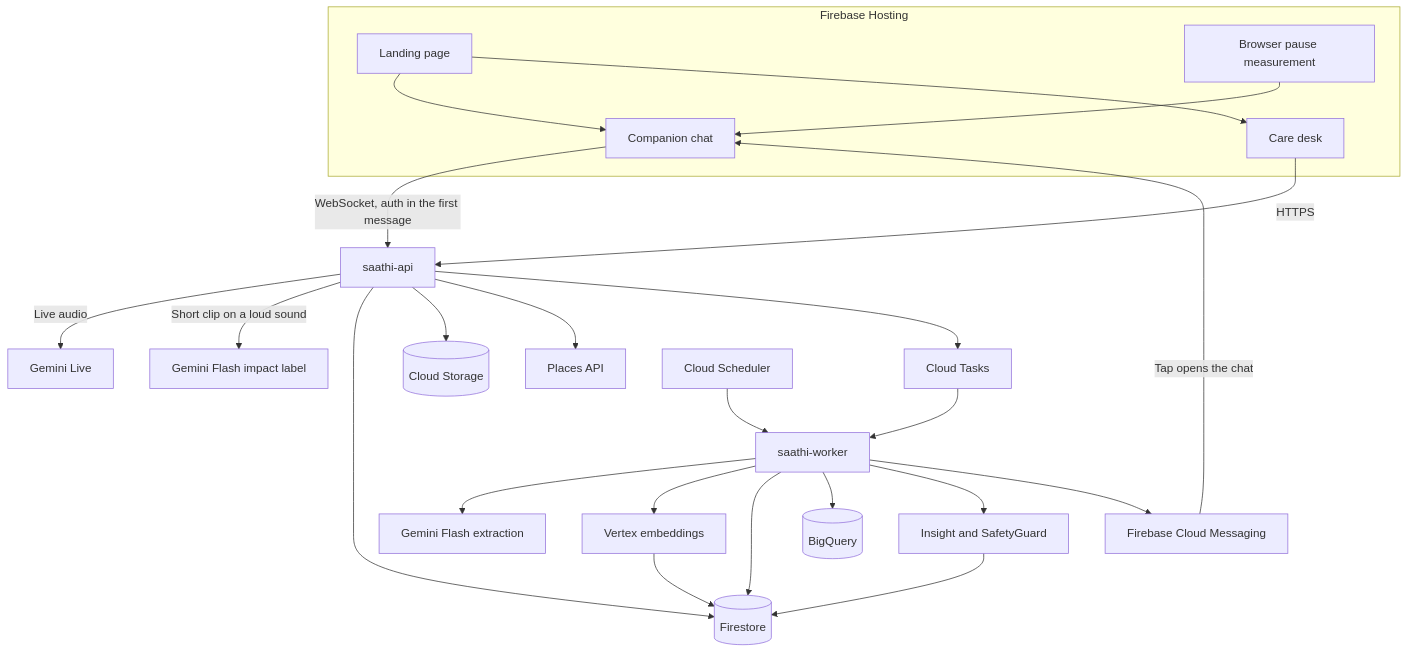
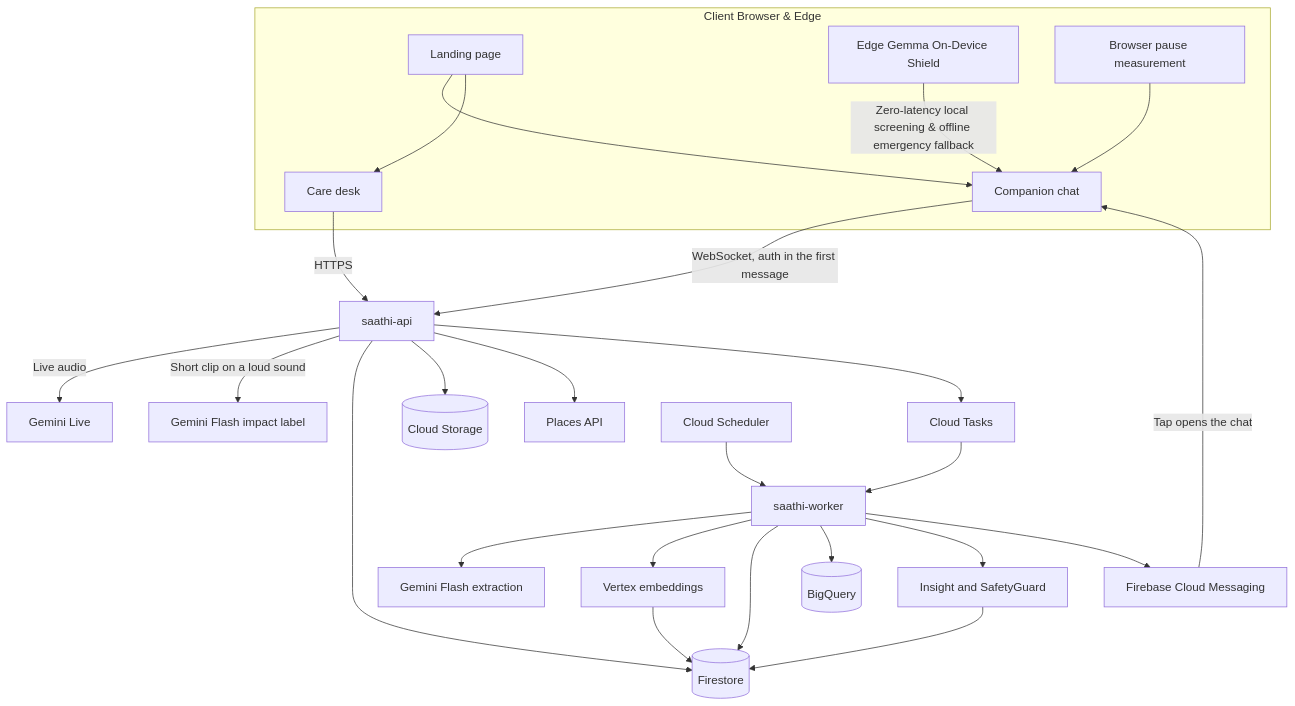
The first of 4 diagrams in docs/ARCHITECTURE.md (srushtipatil09/AI_Builder_Cup_2026), drawn with Mermaid before and after one commit. The commit also changed other lines of this file and 4 other files, not shown here.

````diff
--- a/docs/ARCHITECTURE.md
+++ b/docs/ARCHITECTURE.md
@@ -9,31 +9,33 @@
 ```mermaid
 flowchart TD
-  subgraph browser [Firebase Hosting]
+  subgraph browser [Client Browser & Edge]
     land[Landing page]
     chat[Companion chat]
     desk[Care desk]
+    edgeGemma[Edge Gemma On-Device Shield]
     meter[Browser pause measurement]
   end
+  edgeGemma -->|Zero-latency local screening & offline emergency fallback| chat
   land --> chat
   land --> desk
   meter --> chat
   chat -->|WebSocket, auth in the first message| api[saathi-api]
   desk -->|HTTPS| api
   api -->|Live audio| live[Gemini Live]
   api -->|Short clip on a loud sound| flashNow[Gemini Flash impact label]
   api --> store[(Firestore)]
   api --> media[(Cloud Storage)]
   api --> places[Places API]
   api --> tasks[Cloud Tasks]
   clock[Cloud Scheduler] --> worker[saathi-worker]
   tasks --> worker
   worker --> flash[Gemini Flash extraction]
   worker --> embed[Vertex embeddings]
   embed --> store
   worker --> store
   worker --> bq[(BigQuery)]
   worker --> guard[Insight and SafetyGuard]
   guard --> store
   worker --> push[Firebase Cloud Messaging]
   push -->|Tap opens the chat| chat
 ```
````
